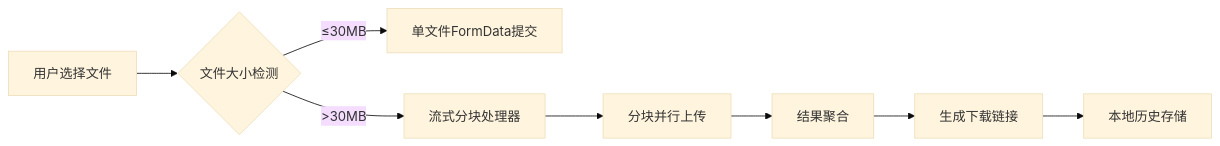
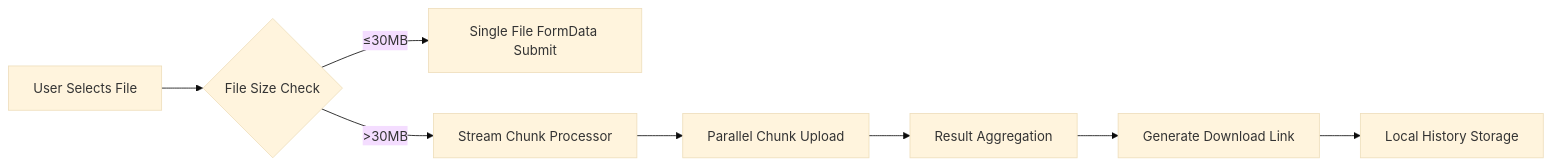
Before and after one commit to CJackHwang/Chunkuposs: the diagram in README.md, drawn with Mermaid (base theme). The commit also changed other lines of this file and 1 other file, not shown here.

````diff
--- a/README.md
+++ b/README.md
@@ -104,10 +105,10 @@
-```mermaid
-graph LR
-    A[用户选择文件] --> B{文件大小检测}
-    B -->|≤30MB| C[单文件FormData提交]
-    B -->|>30MB| D[流式分块处理器]
-    D --> E[分块并行上传]
-    E --> F[结果聚合]
-    F --> G[生成下载链接]
-    G --> H[本地历史存储]
-```
+```mermaid  
+graph LR  
+    A[User Selects File] --> B{File Size Check}  
+    B -->|≤30MB| C[Single File FormData Submit]  
+    B -->|>30MB| D[Stream Chunk Processor]  
+    D --> E[Parallel Chunk Upload]  
+    E --> F[Result Aggregation]  
+    F --> G[Generate Download Link]  
+    G --> H[Local History Storage]  
+```  
````
